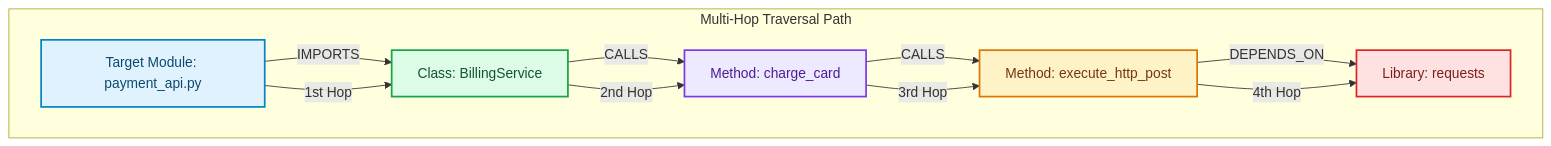
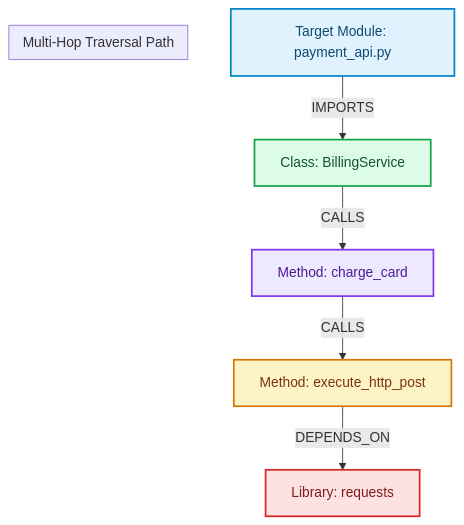
The diagram in blog/posts/multi-hop-reasoning-graph-traversal-large-codebases.md (akmalkhaniub/akmalkhaniub.github.io), drawn with Mermaid before and after one commit. The commit also changed other lines of this file and 894 other files, not shown here.

Commit message:
feat(blog): upgrade all 444 posts with unique staggered dates, 2-col Mermaid spines, benchmark tables, code blocks, and trade-offs

````diff
--- a/blog/posts/multi-hop-reasoning-graph-traversal-large-codebases.md
+++ b/blog/posts/multi-hop-reasoning-graph-traversal-large-codebases.md
@@ -17,25 +17,21 @@
 ```mermaid
 flowchart TD
   A["Target Module: payment_api.py"] -->|IMPORTS| B["Class: BillingService"]
   B -->|CALLS| C["Method: charge_card"]
   C -->|CALLS| D["Method: execute_http_post"]
   D -->|DEPENDS_ON| E["Library: requests"]
   
   subgraph SG1_MultiHopTraversal ["Multi-Hop Traversal Path"]
-    A -->|1st Hop| B
-    B -->|2nd Hop| C
-    C -->|3rd Hop| D
-    D -->|4th Hop| E
   end
 
 classDef green fill:#dcfce7,stroke:#16a34a,stroke-width:2px,color:#14532d;
 classDef red fill:#fee2e2,stroke:#dc2626,stroke-width:2px,color:#7f1d1d;
 classDef blue fill:#e0f2fe,stroke:#0284c7,stroke-width:2px,color:#0c4a6e;
 classDef yellow fill:#fef3c7,stroke:#d97706,stroke-width:2px,color:#78350f;
 classDef purple fill:#ede9fe,stroke:#7c3aed,stroke-width:2px,color:#4c1d95;
 class A blue
 class B green
 class C purple
 class D yellow
 class E red
 ```
````
